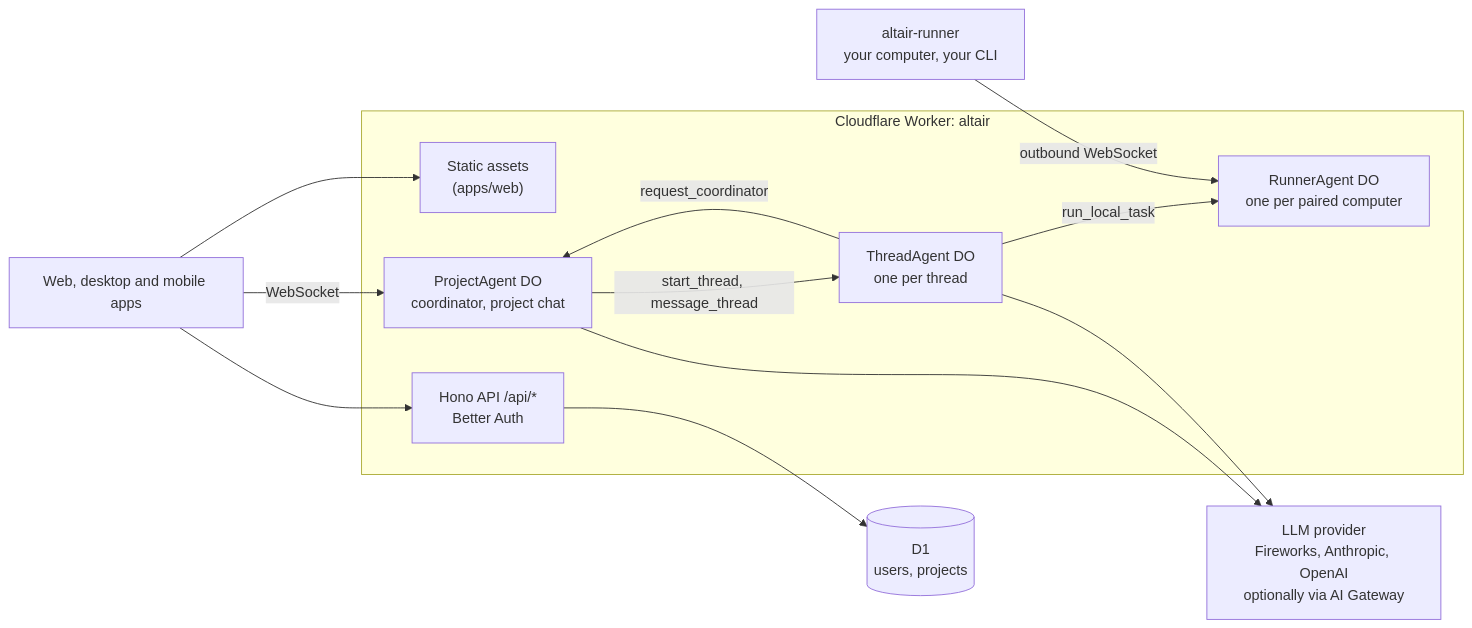
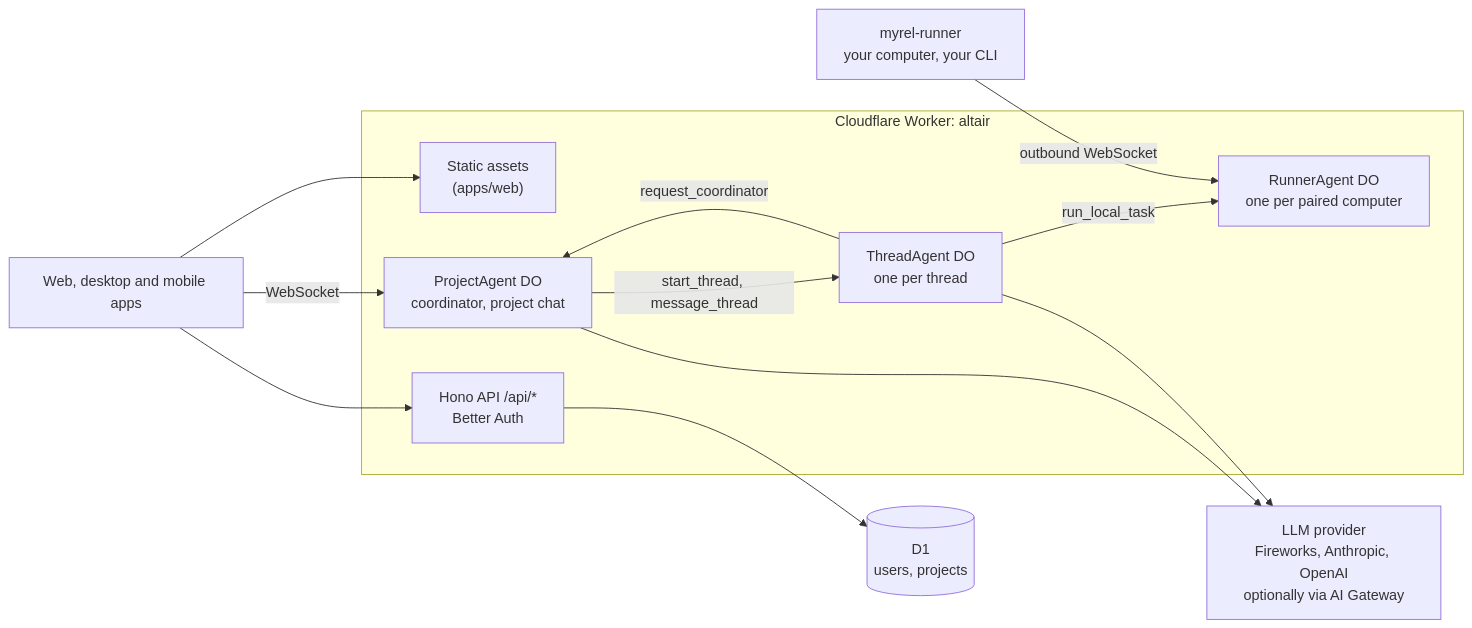
The diagram in README.md (Fibteq-Inc/Myrel), drawn with Mermaid before and after one commit. The commit also changed other lines of this file and 95 other files, not shown here.

First line of the commit message:
Rename the product from Altair to Myrel

````diff
--- a/README.md
+++ b/README.md
@@ -31,24 +31,24 @@
 ```mermaid
 flowchart LR
   clients["Web, desktop and mobile apps"]
   subgraph worker["Cloudflare Worker: altair"]
     assets["Static assets<br/>(apps/web)"]
     api["Hono API /api/*<br/>Better Auth"]
     pa["ProjectAgent DO<br/>coordinator, project chat"]
     ta["ThreadAgent DO<br/>one per thread"]
     ra["RunnerAgent DO<br/>one per paired computer"]
   end
-  runner["altair-runner<br/>your computer, your CLI"]
+  runner["myrel-runner<br/>your computer, your CLI"]
   d1[("D1<br/>users, projects")]
   llm["LLM provider<br/>Fireworks, Anthropic, OpenAI<br/>optionally via AI Gateway"]
   clients --> assets
   clients --> api
   clients -- WebSocket --> pa
   api --> d1
   pa -- start_thread, message_thread --> ta
   ta -- request_coordinator --> pa
   ta -- run_local_task --> ra
   runner -- outbound WebSocket --> ra
   pa --> llm
   ta --> llm
 ```
````
